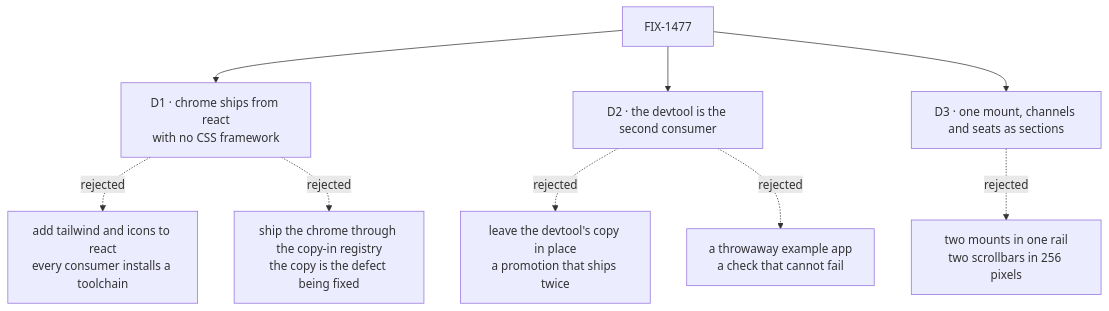
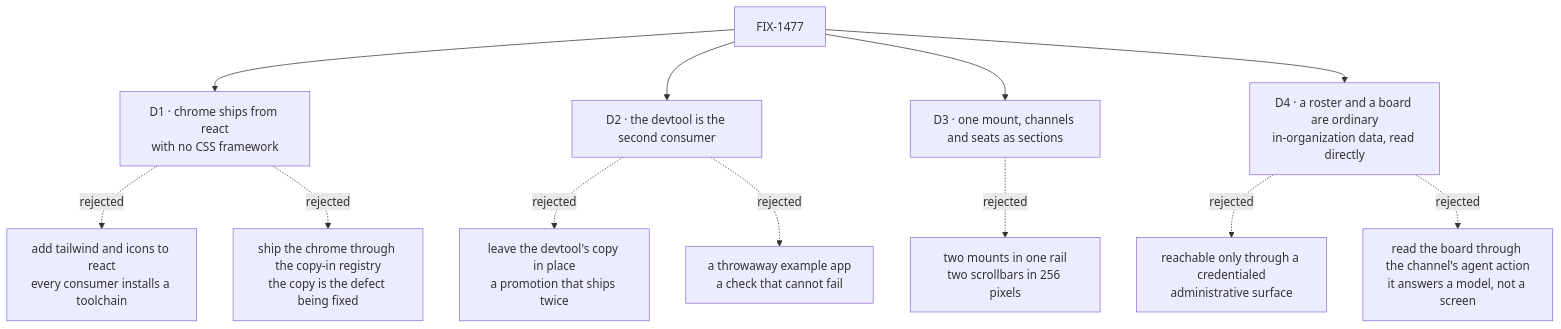
One commit to fixpoint-labs/flow-state-dev changed the diagram in specs/issues/FIX-1477/DECISIONS.md. Above: the diagram before and after it, drawn with Mermaid. The commit also changed other lines of this file and 6 other files, not shown here.

First line of the commit message:
spec(FIX-1477): the roster and the board are held by a read permission, not by a credential

````diff
--- a/specs/issues/FIX-1477/DECISIONS.md
+++ b/specs/issues/FIX-1477/DECISIONS.md
@@ -12,11 +12,14 @@
 ```mermaid
 flowchart TD
   I["FIX-1477"] --> D1["D1 · chrome ships from react<br/>with no CSS framework"]
   D1 -.->|"rejected"| X1a["add tailwind and icons to react<br/>every consumer installs a toolchain"]
   D1 -.->|"rejected"| X1b["ship the chrome through the copy-in registry<br/>the copy is the defect being fixed"]
   I --> D2["D2 · the devtool is the second consumer"]
   D2 -.->|"rejected"| X2a["leave the devtool's copy in place<br/>a promotion that ships twice"]
   D2 -.->|"rejected"| X2b["a throwaway example app<br/>a check that cannot fail"]
   I --> D3["D3 · one mount, channels and seats as sections"]
   D3 -.->|"rejected"| X3["two mounts in one rail<br/>two scrollbars in 256 pixels"]
+  I --> D4["D4 · a roster and a board are ordinary<br/>in-organization data, read directly"]
+  D4 -.->|"rejected"| X4a["reachable only through a credentialed<br/>administrative surface"]
+  D4 -.->|"rejected"| X4b["read the board through the channel's agent action<br/>it answers a model, not a screen"]
 ```
````
